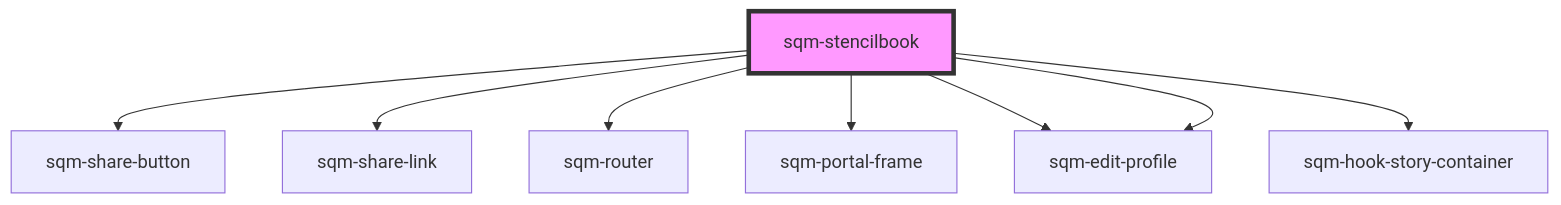
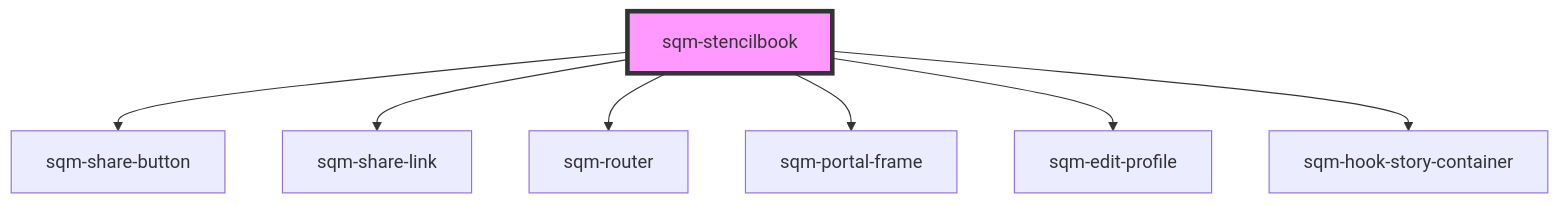
Before and after one commit to saasquatch/program-tools: the diagram in packages/mint-components/src/components/sqm-stencilbook/readme.md, drawn with Mermaid. The commit also changed other lines of this file and 1 other file, not shown here.

Commit message:
clean up sqm-edit-profile

````diff
--- a/packages/mint-components/src/components/sqm-stencilbook/readme.md
+++ b/packages/mint-components/src/components/sqm-stencilbook/readme.md
@@ -21,11 +20,10 @@
 ```mermaid
 graph TD;
   sqm-stencilbook --> sqm-share-button
   sqm-stencilbook --> sqm-share-link
   sqm-stencilbook --> sqm-router
   sqm-stencilbook --> sqm-portal-frame
   sqm-stencilbook --> sqm-edit-profile
   sqm-stencilbook --> sqm-hook-story-container
-  sqm-stencilbook --> sqm-edit-profile
   style sqm-stencilbook fill:#f9f,stroke:#333,stroke-width:4px
 ```
````
